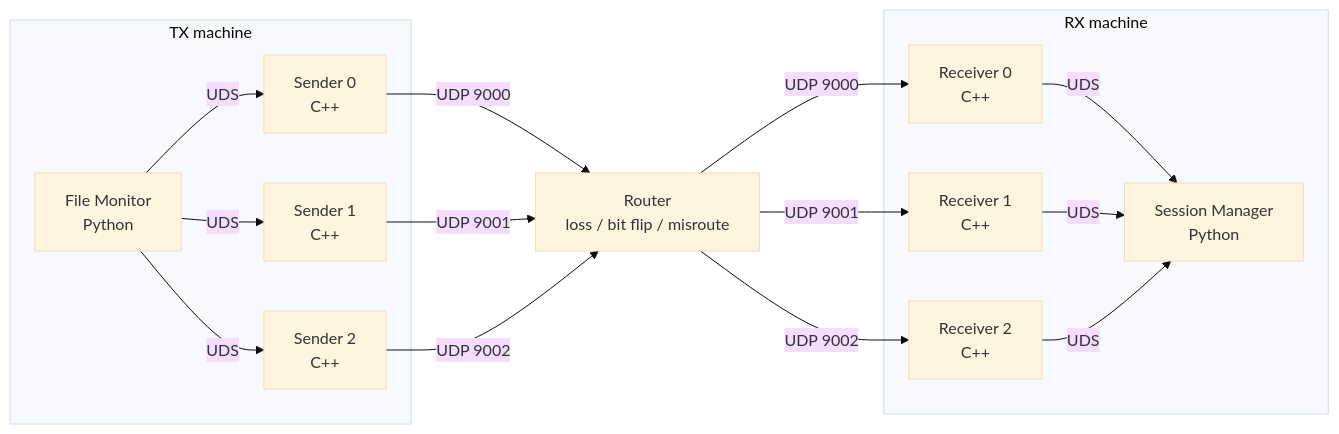
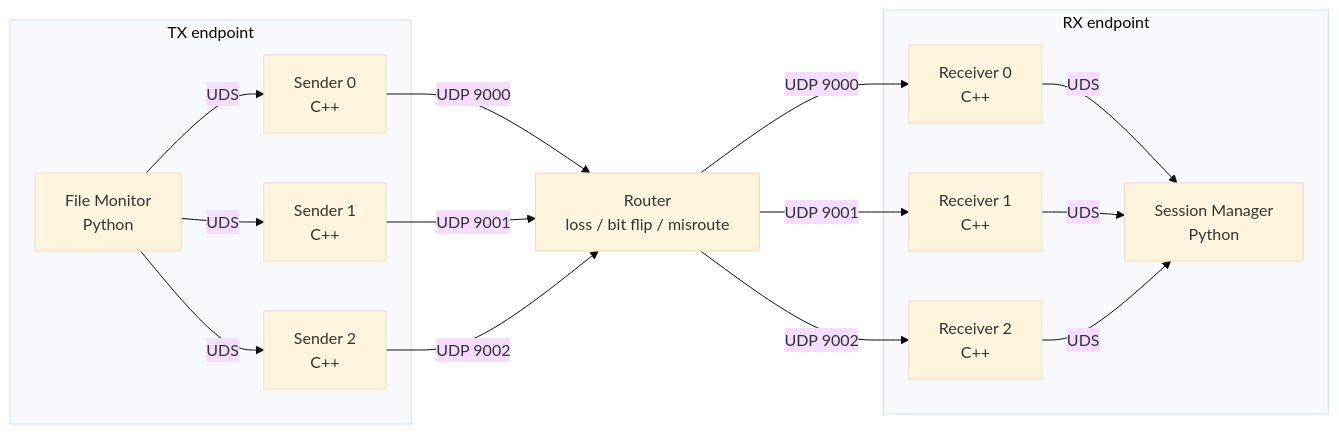
Before and after one commit to MrFaiman/uniflow: the diagram in README.md, drawn with Mermaid (base theme). The commit also changed other lines of this file and 3 other files, not shown here.

````diff
--- a/README.md
+++ b/README.md
@@ -92,34 +71,34 @@
 ```mermaid
 flowchart LR
-    subgraph TX["TX machine"]
+    subgraph TX["TX endpoint"]
         FM["File Monitor<br/>Python"]
         S0["Sender 0<br/>C++"]
         S1["Sender 1<br/>C++"]
         S2["Sender 2<br/>C++"]
 
         FM -->|"UDS"| S0
         FM -->|"UDS"| S1
         FM -->|"UDS"| S2
     end
 
-    R["Router<br/>loss / bit flip / misroute"]
+    ROUTER["Router<br/>loss / bit flip / misroute"]
 
-    S0 -->|"UDP 9000"| R
-    S1 -->|"UDP 9001"| R
-    S2 -->|"UDP 9002"| R
+    S0 -->|"UDP 9000"| ROUTER
+    S1 -->|"UDP 9001"| ROUTER
+    S2 -->|"UDP 9002"| ROUTER
 
-    subgraph RX["RX machine"]
+    subgraph RX["RX endpoint"]
         R0["Receiver 0<br/>C++"]
         R1["Receiver 1<br/>C++"]
         R2["Receiver 2<br/>C++"]
         SM["Session Manager<br/>Python"]
 
         R0 -->|"UDS"| SM
         R1 -->|"UDS"| SM
         R2 -->|"UDS"| SM
     end
 
-    R -->|"UDP 9000"| R0
-    R -->|"UDP 9001"| R1
-    R -->|"UDP 9002"| R2
+    ROUTER -->|"UDP 9000"| R0
+    ROUTER -->|"UDP 9001"| R1
+    ROUTER -->|"UDP 9002"| R2
 ```
````
